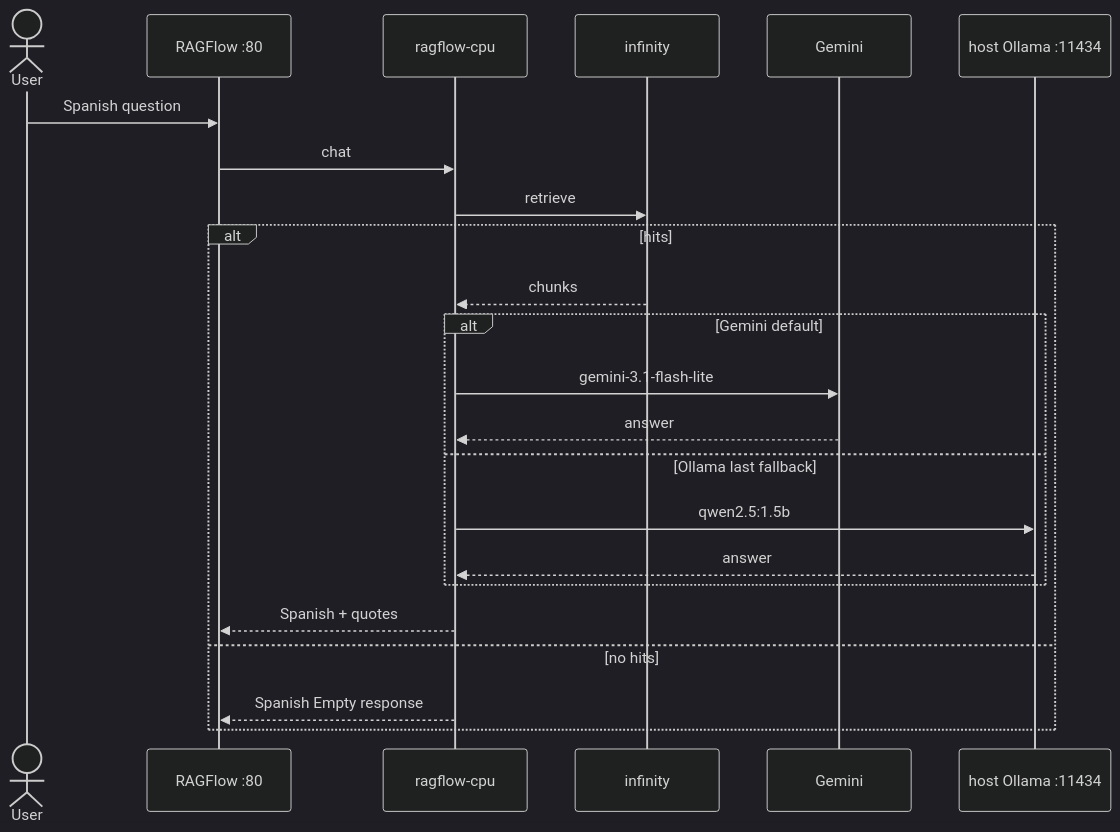
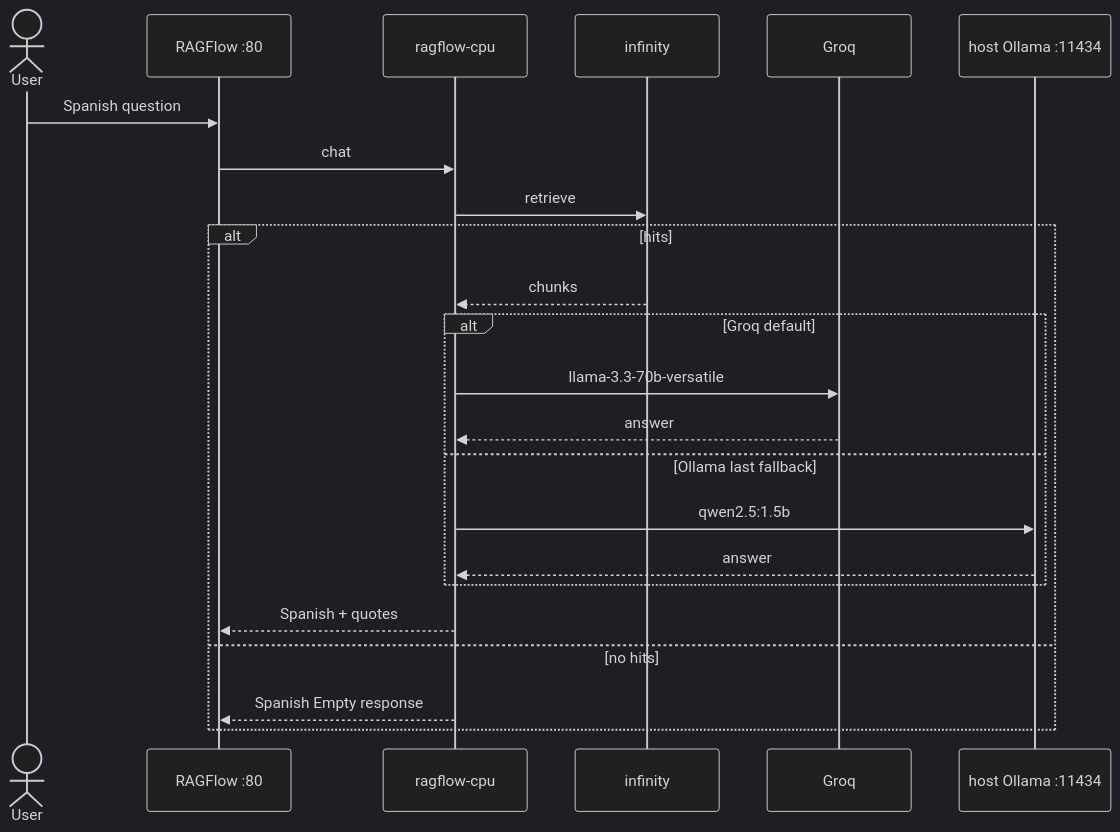
The second of 2 diagrams in openspec/changes/ledger-lens-ragflow/design.md (javi2481/LEDGERLENS), drawn with Mermaid (dark theme) before and after one commit. The commit also changed other lines of this file and 18 other files, not shown here.

First line of the commit message:
Document Groq llama-3.3-70b-versatile as the running chat default.

````diff
--- a/openspec/changes/ledger-lens-ragflow/design.md
+++ b/openspec/changes/ledger-lens-ragflow/design.md
@@ -42,25 +42,25 @@
 ```mermaid
 sequenceDiagram
   actor User
   participant UI as RAGFlow :80
   participant RF as ragflow-cpu
   participant Inf as infinity
-  participant Ge as Gemini
+  participant Gq as Groq
   participant Ol as host Ollama :11434
   User->>UI: Spanish question
   UI->>RF: chat
   RF->>Inf: retrieve
   alt hits
     Inf-->>RF: chunks
-    alt Gemini default
-      RF->>Ge: gemini-3.1-flash-lite
-      Ge-->>RF: answer
+    alt Groq default
+      RF->>Gq: llama-3.3-70b-versatile
+      Gq-->>RF: answer
     else Ollama last fallback
       RF->>Ol: qwen2.5:1.5b
       Ol-->>RF: answer
     end
     RF-->>UI: Spanish + quotes
   else no hits
     RF-->>UI: Spanish Empty response
   end
 ```
````
